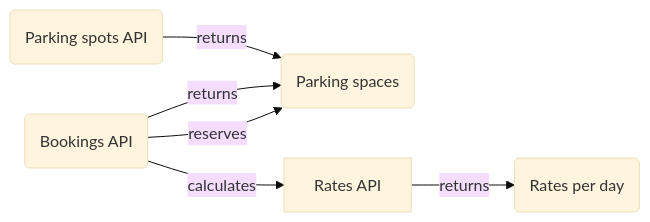
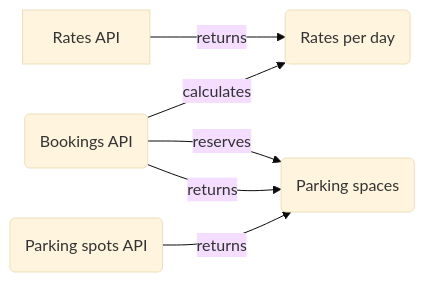
Before and after one commit to alsyedz-examples/parking-system: the diagram in README.md, drawn with Mermaid (base theme).

````diff
--- a/README.md
+++ b/README.md
@@ -3,14 +3,14 @@
 ```mermaid
 graph LR
 A[Rates API]
 B(Rates per day)
 C(Parking spots API)
 D(Parking spaces)
 E(Bookings API)
 
 A -- returns --> B
 C -- returns --> D
 E -- returns --> D
 E -- reserves --> D
-E -- calculates --> A
+E -- calculates --> B
 ```
````
